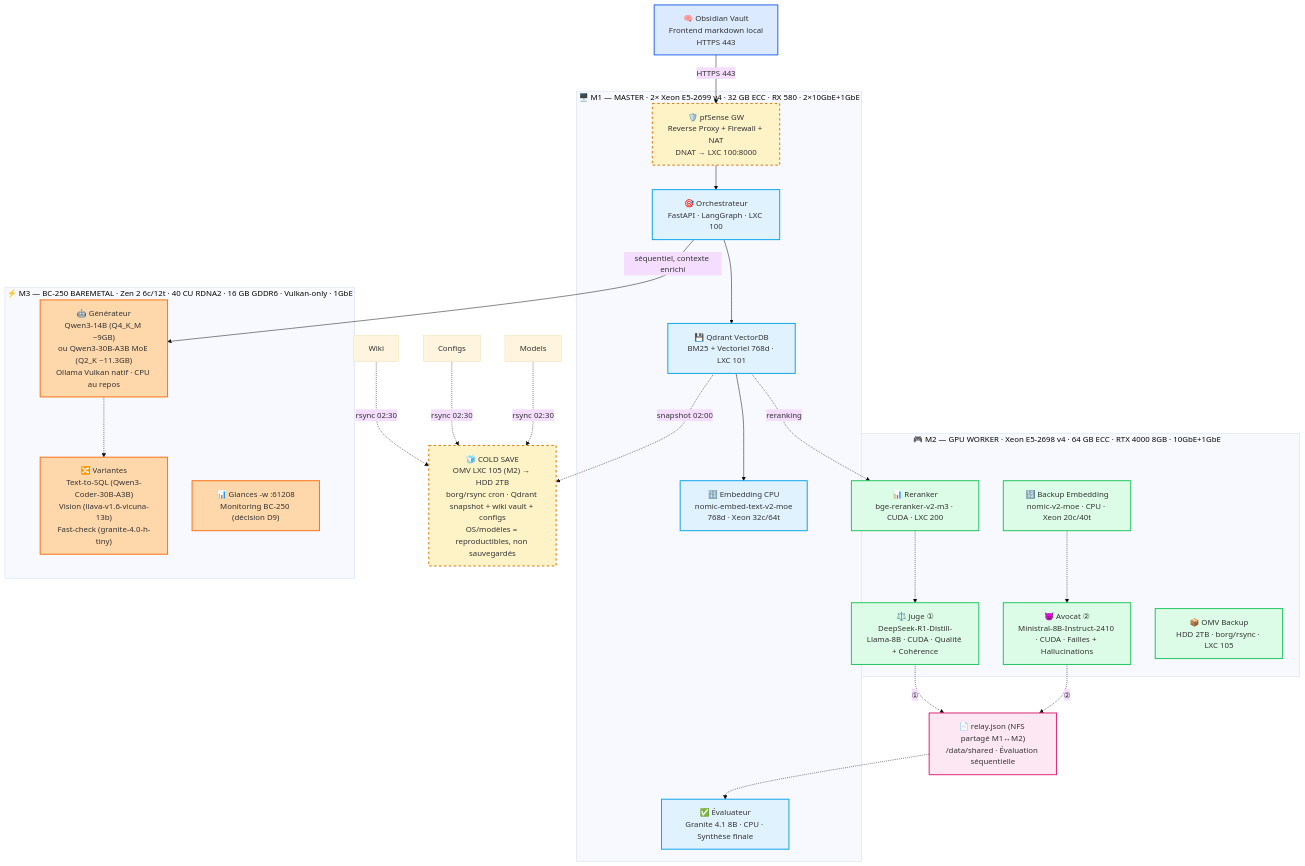
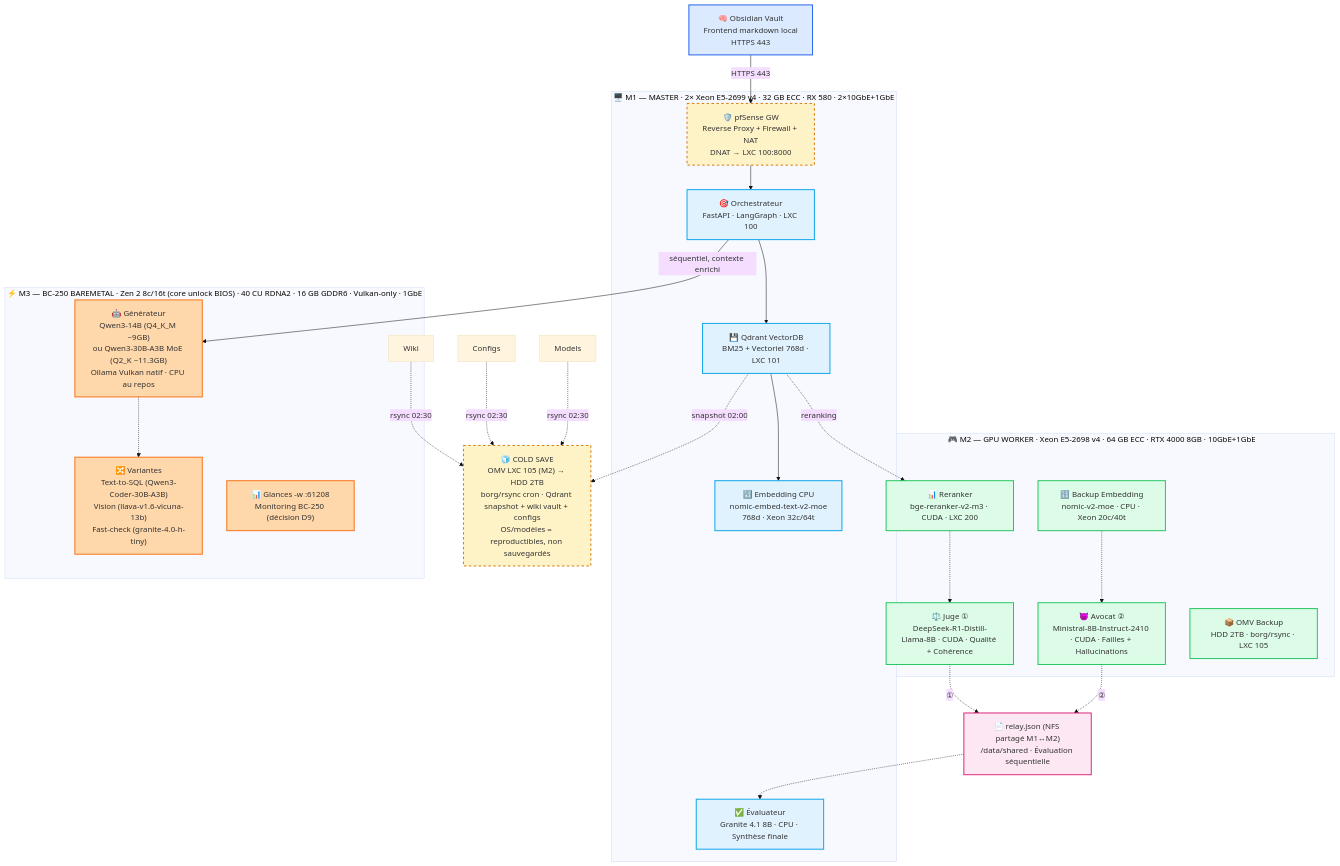
One commit to chelmooz/rag-multi-agent-cluster changed the first of 6 diagrams in README.md. Above: the diagram before and after it, drawn with Mermaid (base theme). The commit also changed other lines of this file and 8 other files, not shown here.

Commit message:
docs: BIOS Forbidden-Darkness = image complète (P3.00 inutile en préalable) + harmonisation mermaid/OS

````diff
--- a/README.md
+++ b/README.md
@@ -83,56 +83,56 @@
 ```mermaid
 flowchart TB
     classDef frontend fill:#dbeafe,stroke:#2563eb,stroke-width:2px
     classDef m1 fill:#e0f2fe,stroke:#0ea5e9,stroke-width:2px
     classDef m2 fill:#dcfce7,stroke:#22c55e,stroke-width:2px
     classDef m3 fill:#fed7aa,stroke:#f97316,stroke-width:2px
     classDef relay fill:#fce7f3,stroke:#db2777,stroke-width:2px
     classDef backup fill:#fef3c7,stroke:#d97706,stroke-width:2px,stroke-dasharray: 5 5
 
     Client["🧠 Obsidian Vault<br/>Frontend markdown local<br/>HTTPS 443"]:::frontend
     GW["🛡️ pfSense GW<br/>NAT · Firewall · Inter-VLAN<br/>DNAT → 10.10.0.1:443"]:::backup
 
 subgraph M1["🖥️ M1 — MASTER · 2× Xeon E5-2699 v4 · 32 GB ECC · RX 580 · 2×10GbE+1GbE"]
         Orch["🎯 Orchestrateur<br/>FastAPI · LangGraph · LXC 100"]:::m1
         Qdrant["💾 Qdrant VectorDB<br/>BM25 + Vectoriel 768d · LXC 101"]:::m1
         Embed["🔢 Embedding CPU<br/>nomic-embed-text-v2-moe<br/>768d · Xeon 32c/64t"]:::m1
         Eval["✅ Évaluateur<br/>Granite 4.1 8B · CPU · Synthèse finale"]:::m1
         GW["🛡️ pfSense GW<br/>Reverse Proxy + Firewall + NAT<br/>DNAT → LXC 100:8000"]:::backup
     end
 
 subgraph M2["🎮 M2 — GPU WORKER · Xeon E5-2698 v4 · 64 GB ECC · RTX 4000 8GB · 10GbE+1GbE"]
         Rerank["📊 Reranker<br/>bge-reranker-v2-m3 · CUDA · LXC 200"]:::m2
         Judge["⚖️ Juge ①<br/>DeepSeek-R1-Distill-Llama-8B · CUDA · Qualité + Cohérence"]:::m2
         Advocate["😈 Avocat ②<br/>Ministral-8B-Instruct-2410 · CUDA · Failles + Hallucinations"]:::m2
         BackupEmbed["🔢 Backup Embedding<br/>nomic-v2-moe · CPU · Xeon 20c/40t"]:::m2
         OMV["📦 OMV Backup<br/>HDD 2TB · borg/rsync · LXC 105"]:::m2
     end
 
-    subgraph M3["⚡ M3 — BC-250 BAREMETAL · Zen 2 6c/12t · 40 CU RDNA2 · 16 GB GDDR6 · Vulkan-only · 1GbE"]
+    subgraph M3["⚡ M3 — BC-250 BAREMETAL · Zen 2 8c/16t (core unlock BIOS) · 40 CU RDNA2 · 16 GB GDDR6 · Vulkan-only · 1GbE"]
         Gen["🤖 Générateur<br/>Qwen3-14B (Q4_K_M ~9GB)<br/>ou Qwen3-30B-A3B MoE (Q2_K ~11.3GB)<br/>Ollama Vulkan natif · CPU au repos"]:::m3
         Variants["🔀 Variantes<br/>Text-to-SQL (Qwen3-Coder-30B-A3B)<br/>Vision (llava-v1.6-vicuna-13b)<br/>Fast-check (granite-4.0-h-tiny)"]:::m3
         Glances["📊 Glances -w :61208<br/>Monitoring BC-250 (décision D9)"]:::m3
     end
 
 Relay["📄 relay.json (NFS partagé M1↔M2)<br/>/data/shared · Évaluation séquentielle"]:::relay
     Cold["🧊 COLD SAVE<br/>OMV LXC 105 (M2) → HDD 2TB<br/>borg/rsync cron · Qdrant snapshot + wiki vault + configs<br/>OS/modèles = reproductibles, non sauvegardés"]:::backup
 
     Client -->|HTTPS 443| GW --> Orch
     Orch --> Qdrant --> Embed
     Orch -->|séquentiel, contexte enrichi| Gen
     Gen -.-> Variants
     Qdrant -.->|reranking| Rerank
     Rerank -.-> Judge
     Judge -.->|①| Relay
     Advocate -.->|②| Relay
     Relay -.-> Eval
     BackupEmbed -.-> Advocate
     Qdrant -.->|snapshot 02:00| Cold
     Wiki -.->|rsync 02:30| Cold
     Configs -.->|rsync 02:30| Cold
     Models -.->|rsync 02:30| Cold
 
     %% RÈGLE D'OR BC-250 : le CPU est le serviteur du GPU.
     %% Toute charge CPU = vol de bande passante mémoire au Générateur 14B.
     %% Embedding = M1 CPU (principal) / M2 CPU (backup).
 ```
````
